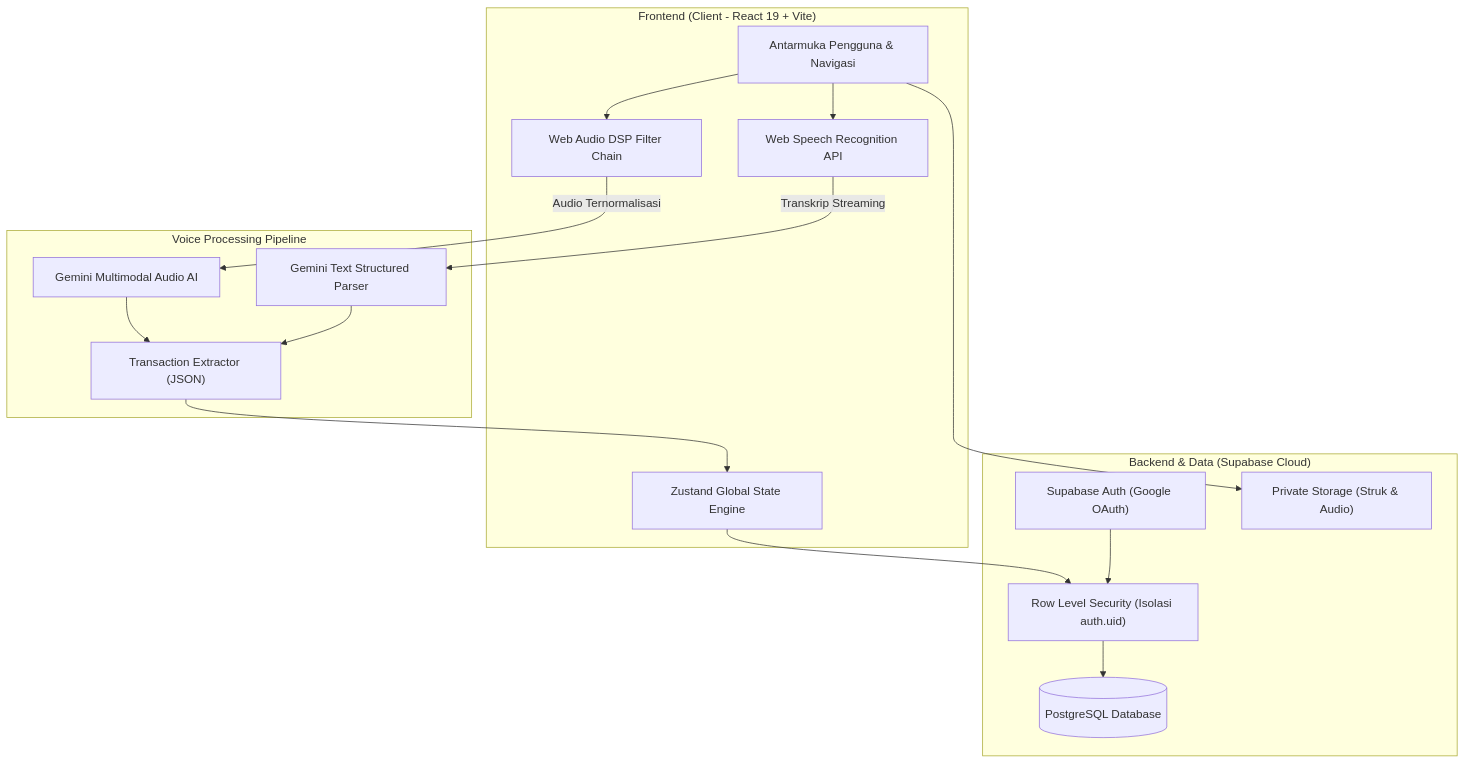
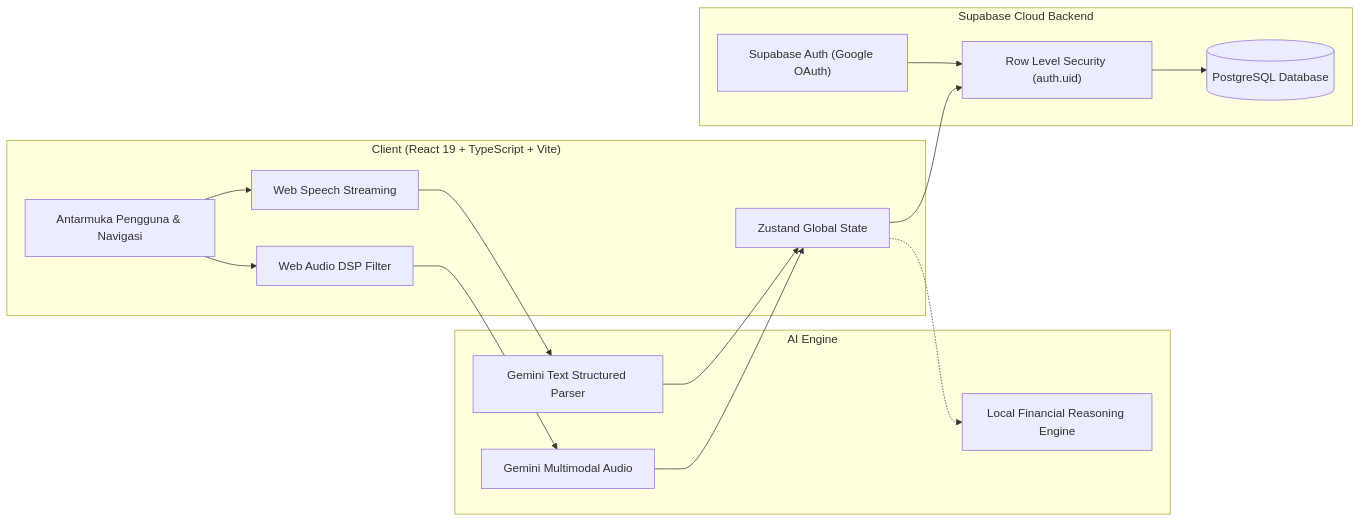
Before and after one commit to RendyGH7/Monetra-Apps: the diagram in README.md, drawn with Mermaid. The commit also changed other lines of this file and 2 other files, not shown here.

````diff
--- a/README.md
+++ b/README.md
@@ -79,31 +141,32 @@
 ```mermaid
-flowchart TD
-    subgraph Client ["Frontend (Client - React 19 + Vite)"]
+flowchart LR
+    subgraph Frontend ["Client (React 19 + TypeScript + Vite)"]
         UI["Antarmuka Pengguna & Navigasi"]
-        DSP["Web Audio DSP Filter Chain"]
-        Speech["Web Speech Recognition API"]
-        Store["Zustand Global State Engine"]
+        DSP["Web Audio DSP Filter"]
+        Speech["Web Speech Streaming"]
+        Store["Zustand Global State"]
     end
 
-    subgraph AudioEngine ["Voice Processing Pipeline"]
-        DSP -->|Audio Ternormalisasi| GeminiAudio["Gemini Multimodal Audio AI"]
-        Speech -->|Transkrip Streaming| GeminiText["Gemini Text Structured Parser"]
-        GeminiAudio --> Extractor["Transaction Extractor (JSON)"]
-        GeminiText --> Extractor
+    subgraph Intelligence ["AI Engine"]
+        GeminiAudio["Gemini Multimodal Audio"]
+        GeminiText["Gemini Text Structured Parser"]
+        LocalBrain["Local Financial Reasoning Engine"]
     end
 
-    subgraph Backend ["Backend & Data (Supabase Cloud)"]
+    subgraph Cloud ["Supabase Cloud Backend"]
         Auth["Supabase Auth (Google OAuth)"]
-        DB[("PostgreSQL Database")]
-        RLS["Row Level Security (Isolasi auth.uid)"]
-        Storage["Private Storage (Struk & Audio)"]
+        Postgres[("PostgreSQL Database")]
+        RLS["Row Level Security (auth.uid)"]
     end
 
     UI --> DSP
     UI --> Speech
-    Extractor --> Store
+    DSP --> GeminiAudio
+    Speech --> GeminiText
+    GeminiAudio --> Store
+    GeminiText --> Store
+    Store -.-> LocalBrain
     Store --> RLS
-    RLS --> DB
     Auth --> RLS
-    UI --> Storage
+    RLS --> Postgres
 ```
````
